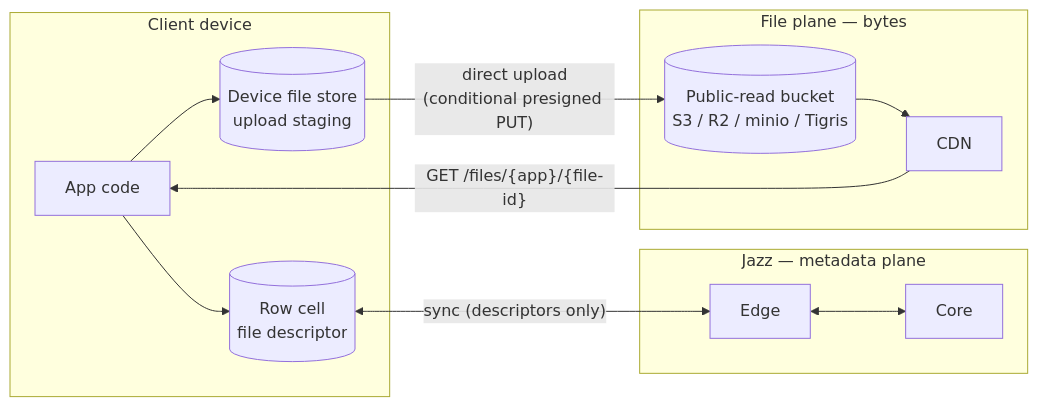
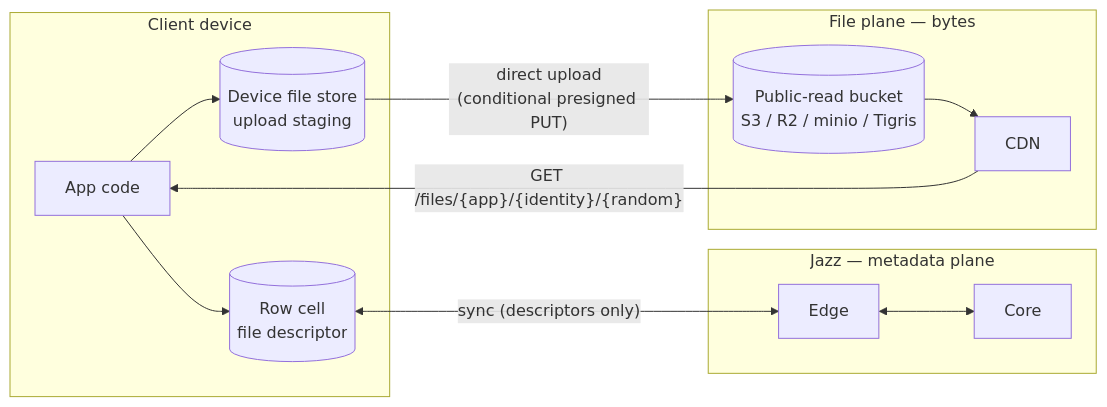
Before and after one commit to garden-co/jazz: the first of 3 diagrams in docs/superpowers/specs/2026-07-09-files-design-explained.md, drawn with Mermaid. The commit also changed other lines of this file and 5 other files, not shown here.

Commit message:
Simplify id management: identity-bound keys, schema-declared TTL

````diff
--- a/docs/superpowers/specs/2026-07-09-files-design-explained.md
+++ b/docs/superpowers/specs/2026-07-09-files-design-explained.md
@@ -17,20 +17,20 @@
 ```mermaid
 flowchart LR
     subgraph client [Client device]
         app[App code]
         cell[(Row cell\nfile descriptor)]
         staging[(Device file store\nupload staging)]
     end
     subgraph jazz [Jazz — metadata plane]
         edge[Edge]
         core[Core]
     end
     subgraph fileplane [File plane — bytes]
         s3[(Public-read bucket\nS3 / R2 / minio / Tigris)]
         cdn[CDN]
     end
     app --> cell & staging
     cell <-- "sync (descriptors only)" --> edge <--> core
     staging -- "direct upload\n(conditional presigned PUT)" --> s3
-    s3 --> cdn -- "GET /files/{app}/{file-id}" --> app
+    s3 --> cdn -- "GET /files/{app}/{identity}/{random}" --> app
 ```
````
